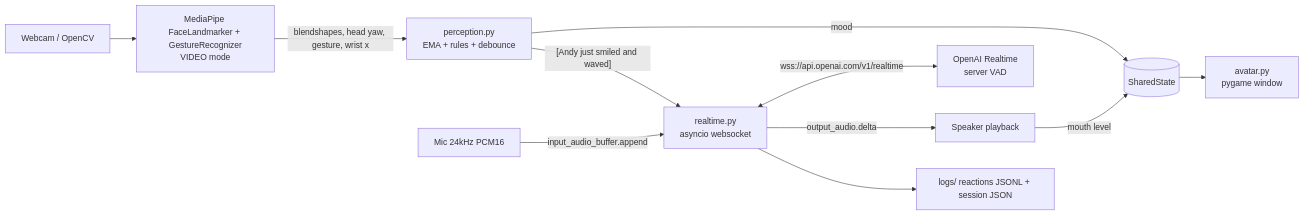
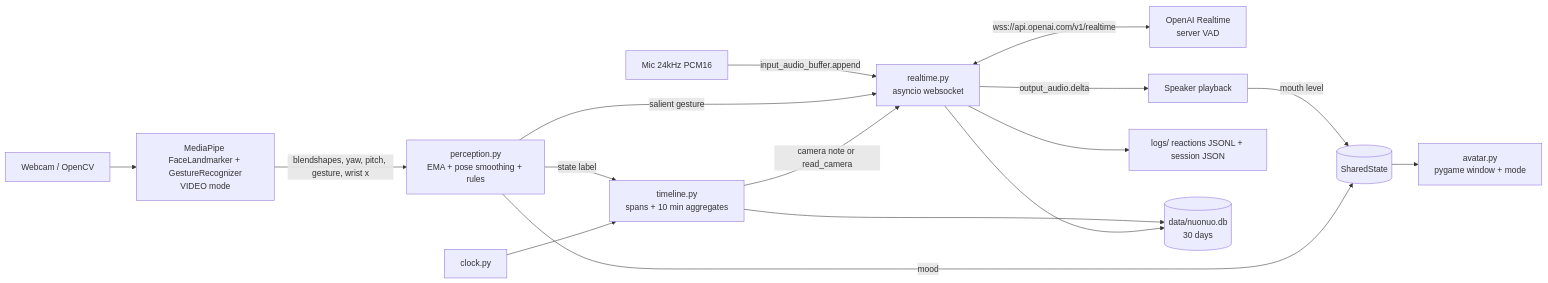
One commit to wishang06/nuonuo changed the diagram in README.md. Above: the diagram before and after it, drawn with Mermaid. The commit also changed other lines of this file and 30 other files, not shown here.

Commit message:
overall ugrade to behaviour, camera page, expression recognition, gesture recognition and  system streamline

````diff
--- a/README.md
+++ b/README.md
@@ -39,13 +41,18 @@
 ```mermaid
 flowchart LR
     Cam[Webcam / OpenCV] --> MP[MediaPipe FaceLandmarker + GestureRecognizer<br/>VIDEO mode]
-    MP -->|blendshapes, head yaw, gesture, wrist x| P[perception.py<br/>EMA + rules + debounce]
+    MP -->|blendshapes, yaw, pitch, gesture, wrist x| P[perception.py<br/>EMA + pose smoothing + rules]
+    Clock[clock.py] --> TL[timeline.py<br/>spans + 10 min aggregates]
+    P -->|state label| TL
     P -->|mood| S[(SharedState)]
-    P -->|"[Andy just smiled and waved]"| RT[realtime.py<br/>asyncio websocket]
+    TL -->|camera note or read_camera| RT[realtime.py<br/>asyncio websocket]
+    P -->|salient gesture| RT
     Mic[Mic 24kHz PCM16] -->|input_audio_buffer.append| RT
     RT <-->|wss://api.openai.com/v1/realtime| OAI[OpenAI Realtime<br/>server VAD]
     RT -->|output_audio.delta| Spk[Speaker playback]
     Spk -->|mouth level| S
-    S --> AV[avatar.py<br/>pygame window]
+    S --> AV[avatar.py<br/>pygame window + mode]
     RT --> L[logs/ reactions JSONL + session JSON]
+    RT --> Mem[(data/nuonuo.db<br/>30 days)]
+    TL --> Mem
 ```
````
